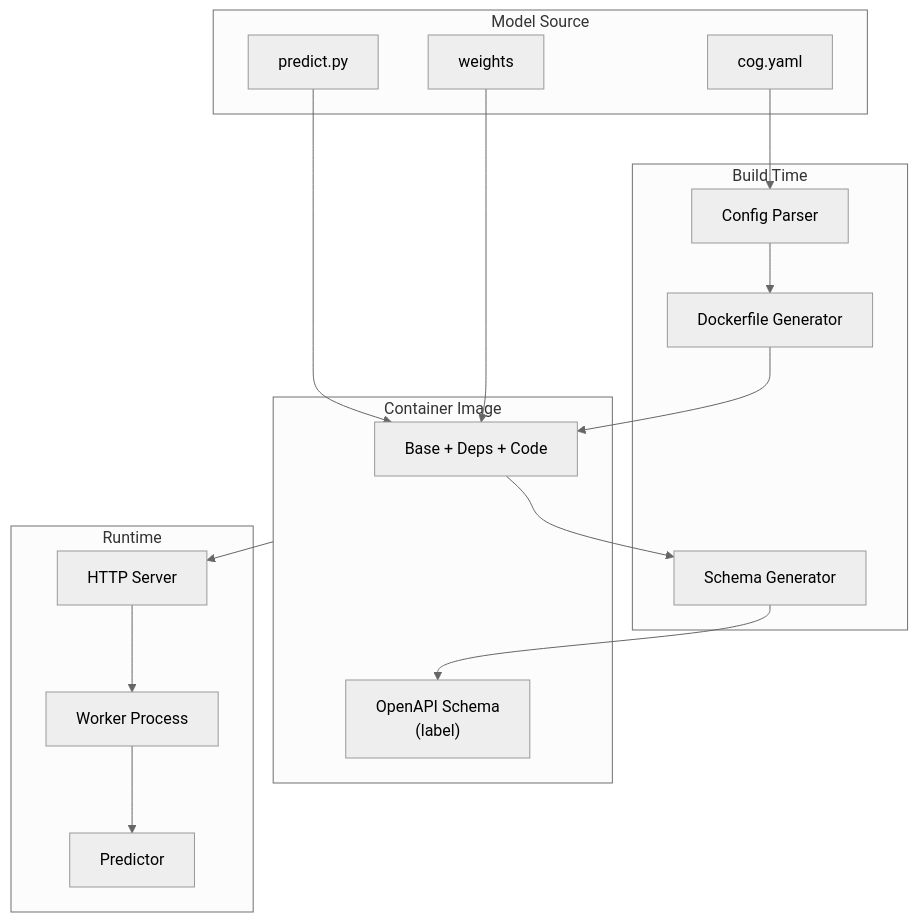
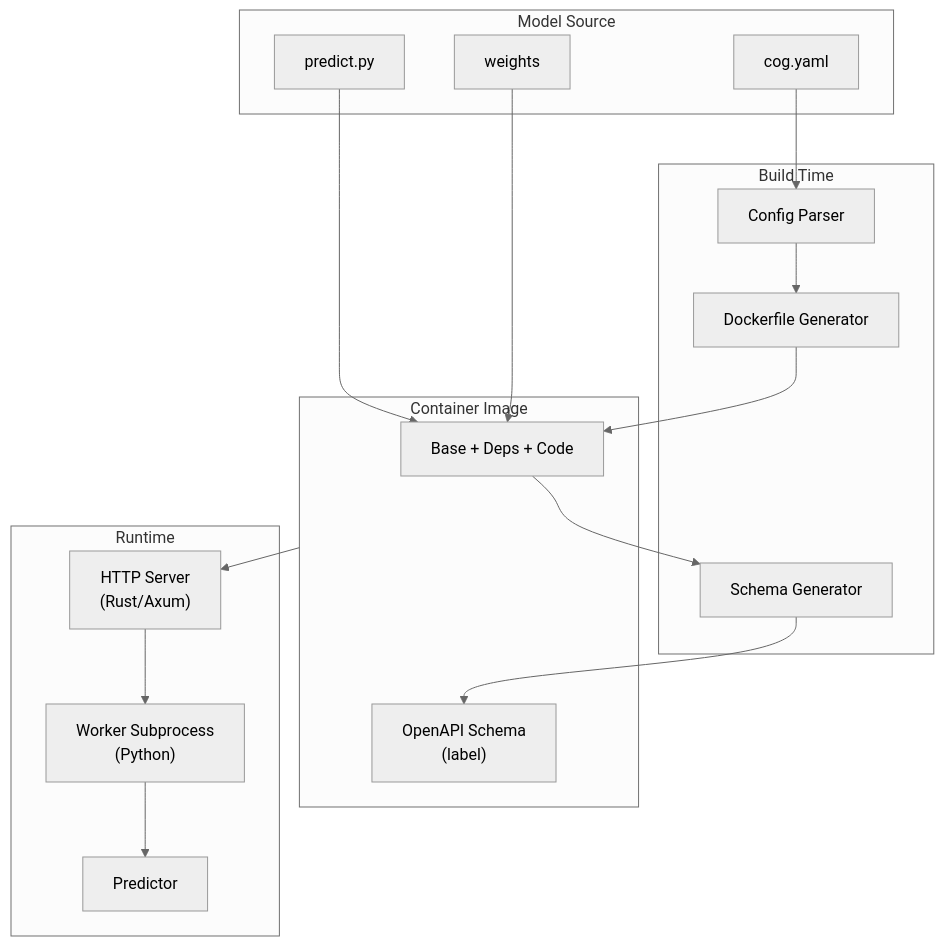
One commit to rdhanarot/cog changed the second of 2 diagrams in architecture/00-overview.md. Above: the diagram before and after it, drawn with Mermaid (neutral theme). The commit also changed other lines of this file and 12 other files, not shown here.

First line of the commit message:
Update architecture docs to match the codebase (#2856)

````diff
--- a/architecture/00-overview.md
+++ b/architecture/00-overview.md
@@ -88,38 +92,38 @@
 ```mermaid
 flowchart TB
     subgraph source["Model Source"]
         yaml["cog.yaml"]
         code["predict.py"]
         weights["weights"]
     end
     
     subgraph build["Build Time"]
         config["Config Parser"]
         generator["Dockerfile Generator"]
         schema_gen["Schema Generator"]
     end
     
     subgraph image["Container Image"]
         layers["Base + Deps + Code"]
         schema["OpenAPI Schema<br/>(label)"]
     end
     
     subgraph runtime["Runtime"]
-        server["HTTP Server"]
-        worker["Worker Process"]
+        server["HTTP Server<br/>(Rust/Axum)"]
+        worker["Worker Subprocess<br/>(Python)"]
         predictor["Predictor"]
     end
     
     yaml --> config
     config --> generator
     generator --> layers
     code --> layers
     weights --> layers
     
     layers --> schema_gen
     schema_gen --> schema
     
     image --> server
     server --> worker
     worker --> predictor
 ```
````
